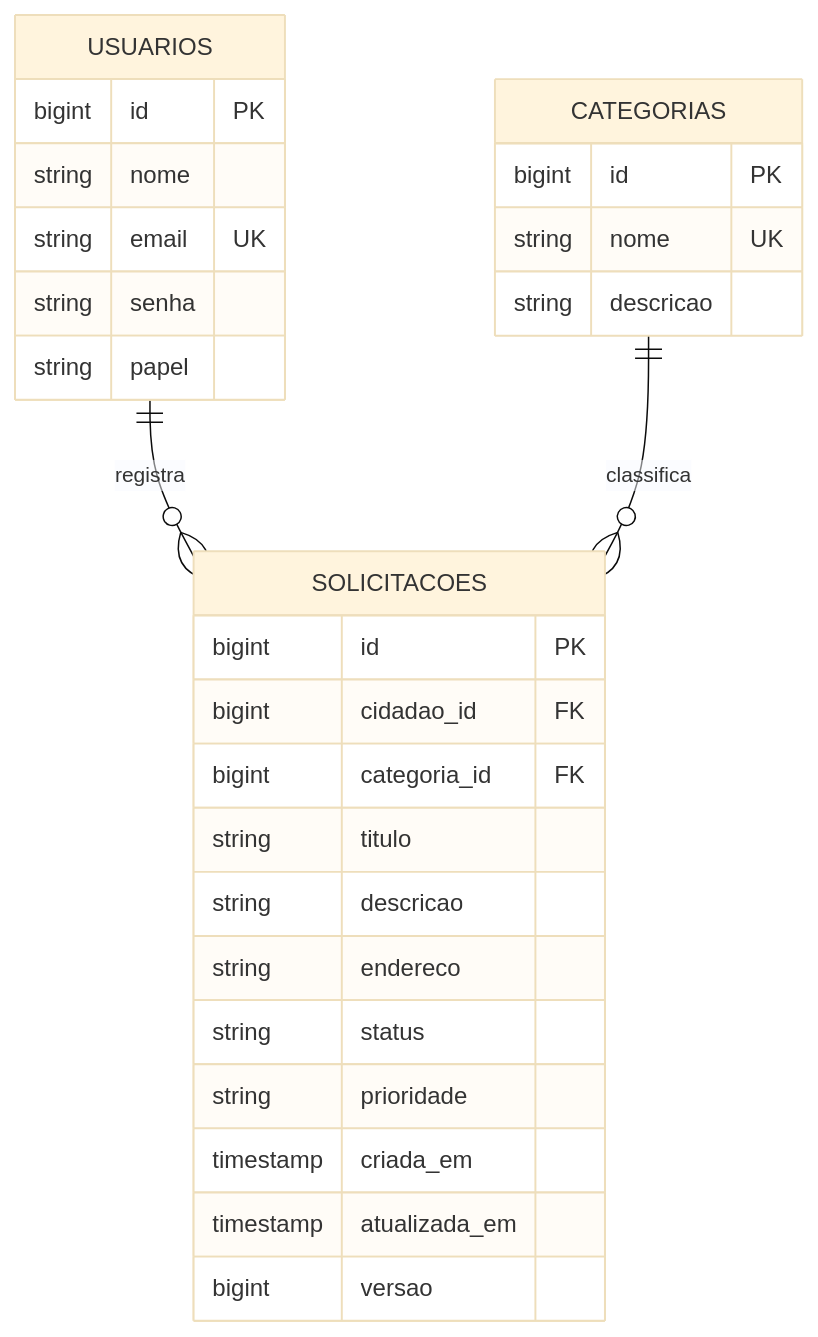
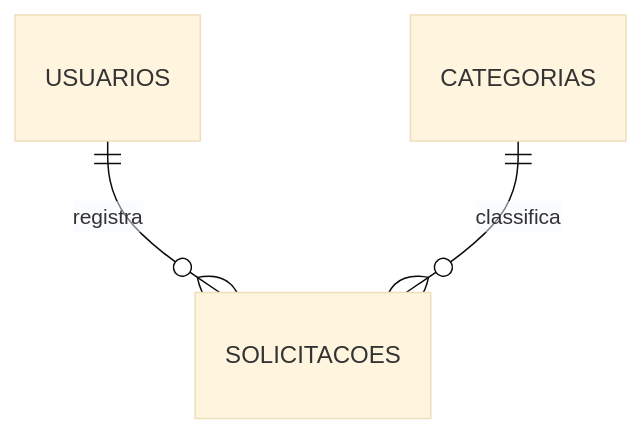
The diagram in README.md (AganeSenpai/BairroEmDia-Java), drawn with Mermaid (base theme) before and after one commit. The commit also changed other lines of this file and 7 other files, not shown here.

````diff
--- a/README.md
+++ b/README.md
@@ -123,30 +31,5 @@
 ```mermaid
 erDiagram
     USUARIOS ||--o{ SOLICITACOES : registra
     CATEGORIAS ||--o{ SOLICITACOES : classifica
-    USUARIOS {
-        bigint id PK
-        string nome
-        string email UK
-        string senha
-        string papel
-    }
-    CATEGORIAS {
-        bigint id PK
-        string nome UK
-        string descricao
-    }
-    SOLICITACOES {
-        bigint id PK
-        bigint cidadao_id FK
-        bigint categoria_id FK
-        string titulo
-        string descricao
-        string endereco
-        string status
-        string prioridade
-        timestamp criada_em
-        timestamp atualizada_em
-        bigint versao
-    }
 ```
````
